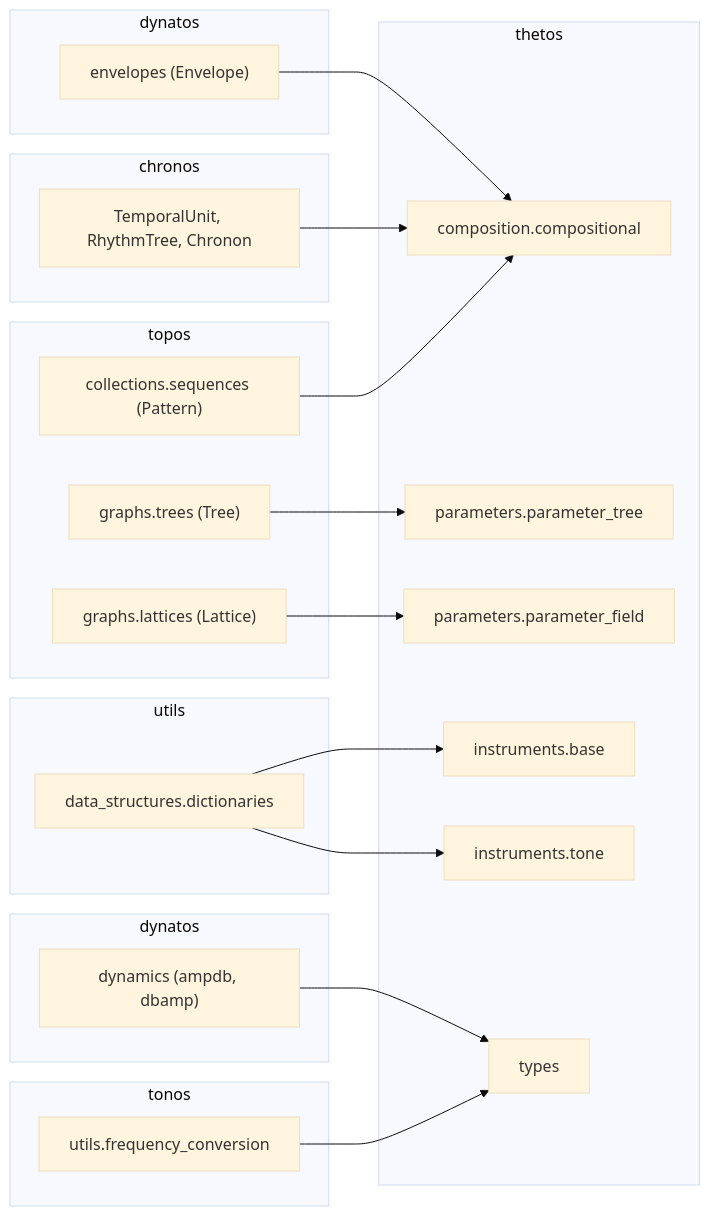
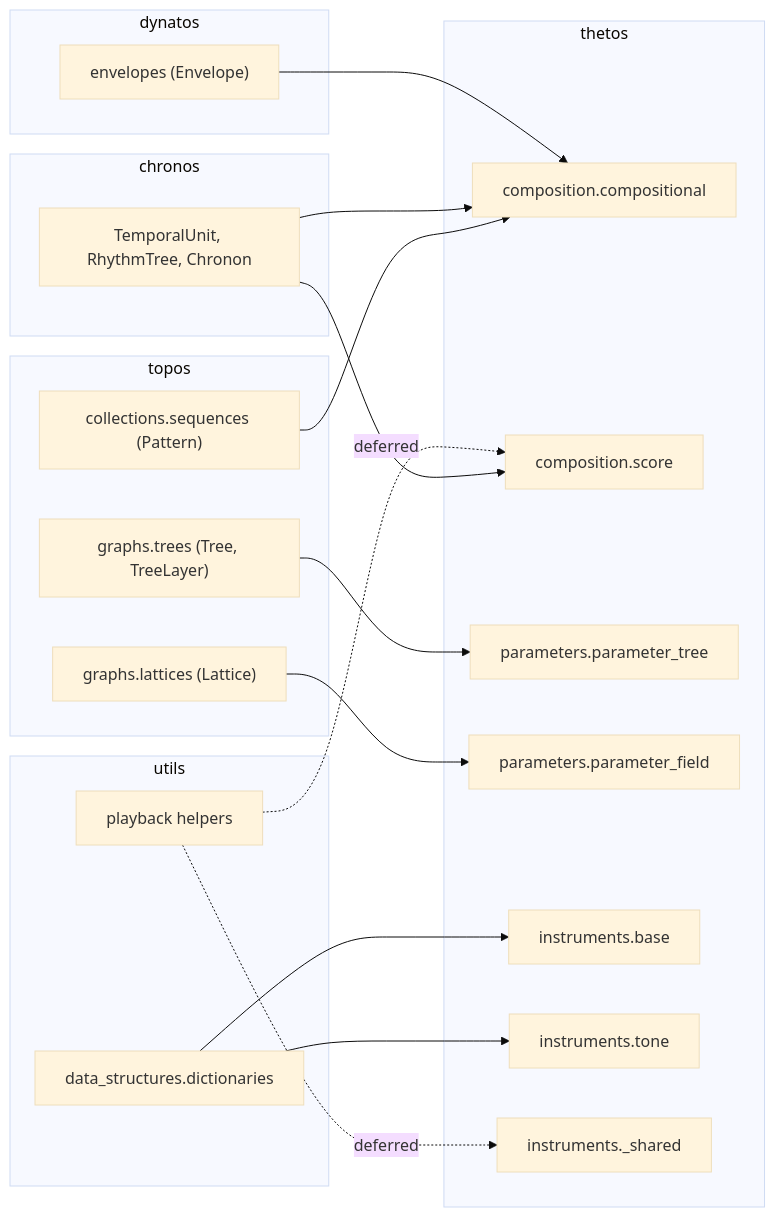
One commit to kr4g/Klotho changed the fifth of 7 diagrams in docs/architecture/13_IMPORT_GRAPH.md. Above: the diagram before and after it, drawn with Mermaid (base theme). The commit also changed other lines of this file and 13 other files, not shown here.

First line of the commit message:
Overhaul architecture docs for Klotho 10.x API

````diff
--- a/docs/architecture/13_IMPORT_GRAPH.md
+++ b/docs/architecture/13_IMPORT_GRAPH.md
@@ -245,47 +259,42 @@
 ```mermaid
 flowchart LR
     subgraph thetos
         comp["composition.compositional"]
+        score["composition.score"]
         pt["parameters.parameter_tree"]
         pf["parameters.parameter_field"]
         inst_base["instruments.base"]
         inst_tone["instruments.tone"]
-        types["types"]
+        inst_shared["instruments._shared"]
     end
 
     subgraph topos
-        tree["graphs.trees (Tree)"]
+        tree["graphs.trees (Tree, TreeLayer)"]
         lattice["graphs.lattices (Lattice)"]
         pattern["collections.sequences (Pattern)"]
     end
 
     subgraph chronos
         ut["TemporalUnit, RhythmTree, Chronon"]
     end
 
     subgraph dynatos
         env["envelopes (Envelope)"]
     end
 
     subgraph utils
         safedict["data_structures.dictionaries"]
-    end
-
-    subgraph tonos_utils ["tonos"]
-        freq_conv["utils.frequency_conversion"]
-    end
-
-    subgraph dynatos_utils ["dynatos"]
-        ampdb["dynamics (ampdb, dbamp)"]
+        playback["playback helpers"]
     end
 
     tree --> pt
     lattice --> pf
     pattern --> comp
     ut --> comp
+    ut --> score
     env --> comp
     safedict --> inst_base
     safedict --> inst_tone
-    freq_conv --> types
-    ampdb --> types
+    playback -.->|"deferred"| score
+    playback -.->|"deferred"| inst_shared
 ```
````
